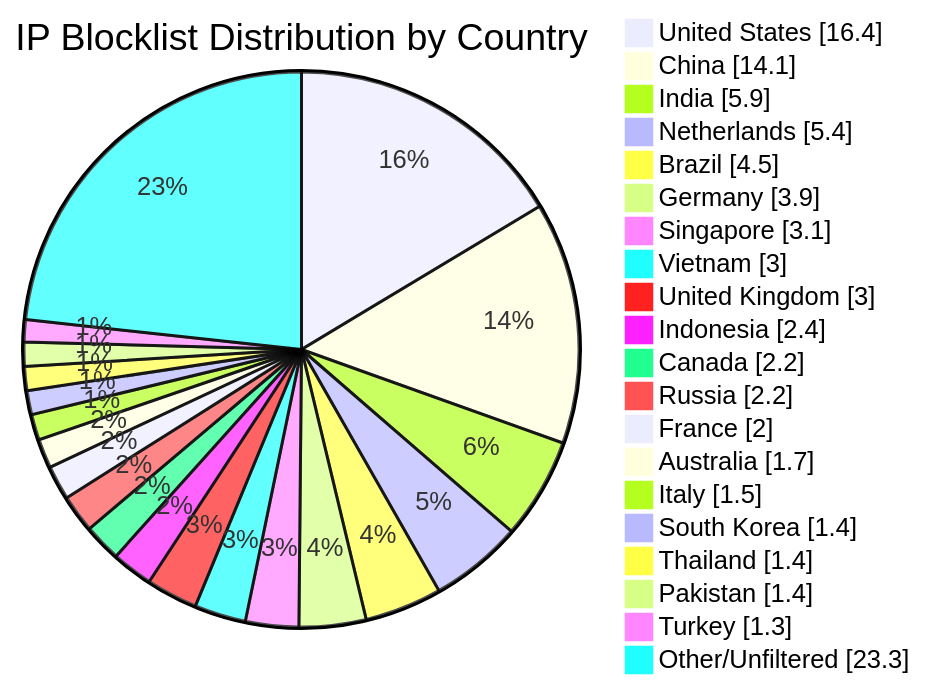
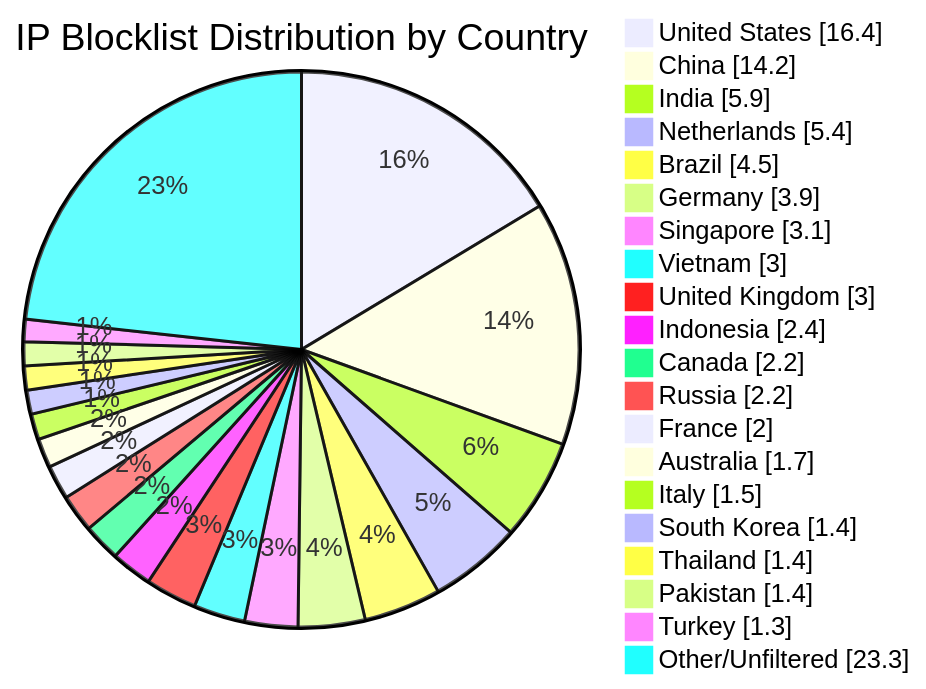
The diagram in README.md (dewdmadbro/ip-blocklist-dewd), drawn with Mermaid before and after one commit. The commit also changed other lines of this file and 50 other files, not shown here.

````diff
--- a/README.md
+++ b/README.md
@@ -34,23 +34,23 @@
 ```mermaid
 pie showData title IP Blocklist Distribution by Country
 "United States" : 16.4
-"China" : 14.1
+"China" : 14.2
 "India" : 5.9
 "Netherlands" : 5.4
 "Brazil" : 4.5
 "Germany" : 3.9
 "Singapore" : 3.1
 "Vietnam" : 3.0
 "United Kingdom" : 3.0
 "Indonesia" : 2.4
 "Canada" : 2.2
 "Russia" : 2.2
 "France" : 2.0
 "Australia" : 1.7
 "Italy" : 1.5
 "South Korea" : 1.4
 "Thailand" : 1.4
 "Pakistan" : 1.4
 "Turkey" : 1.3
 "Other/Unfiltered" : 23.3
 ```
````
